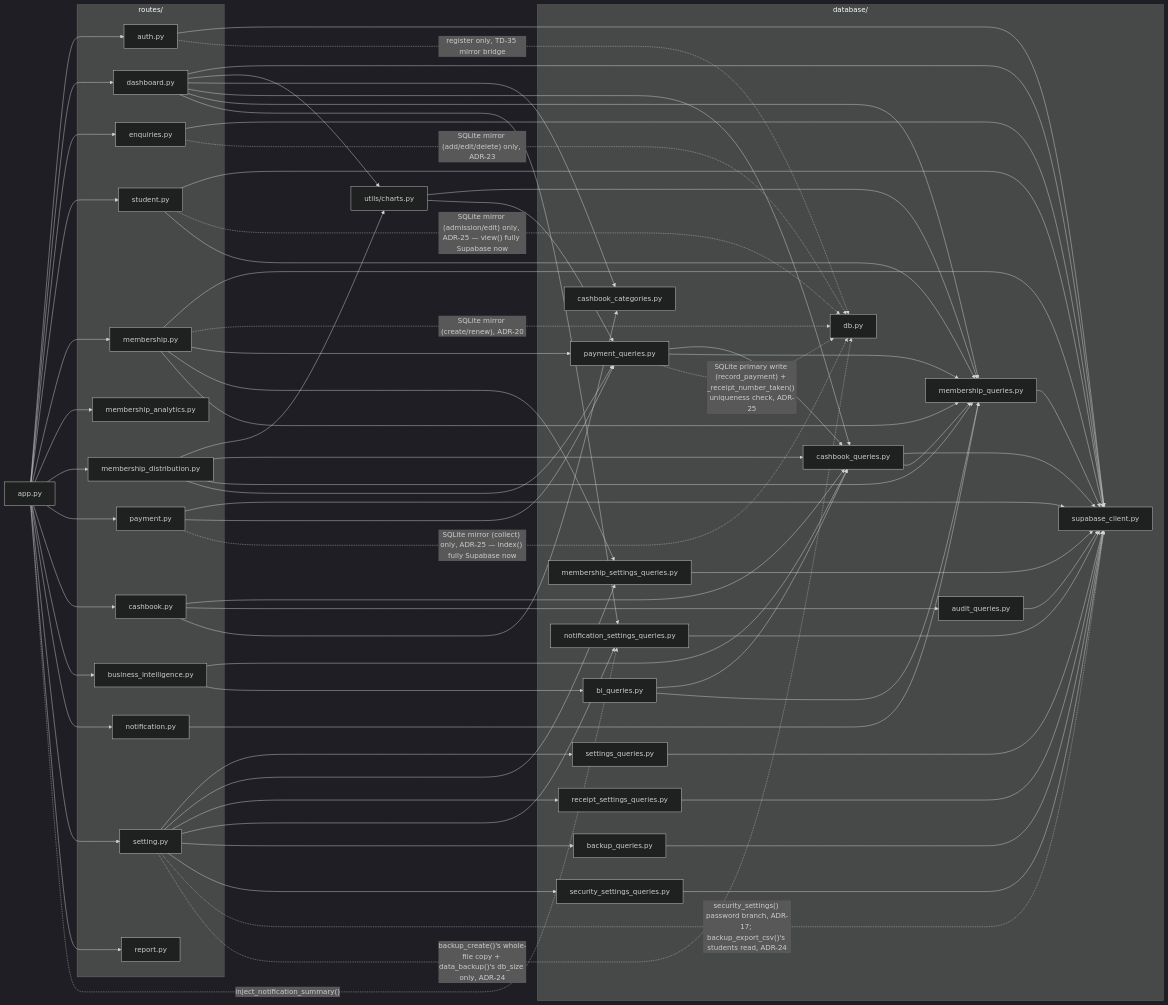
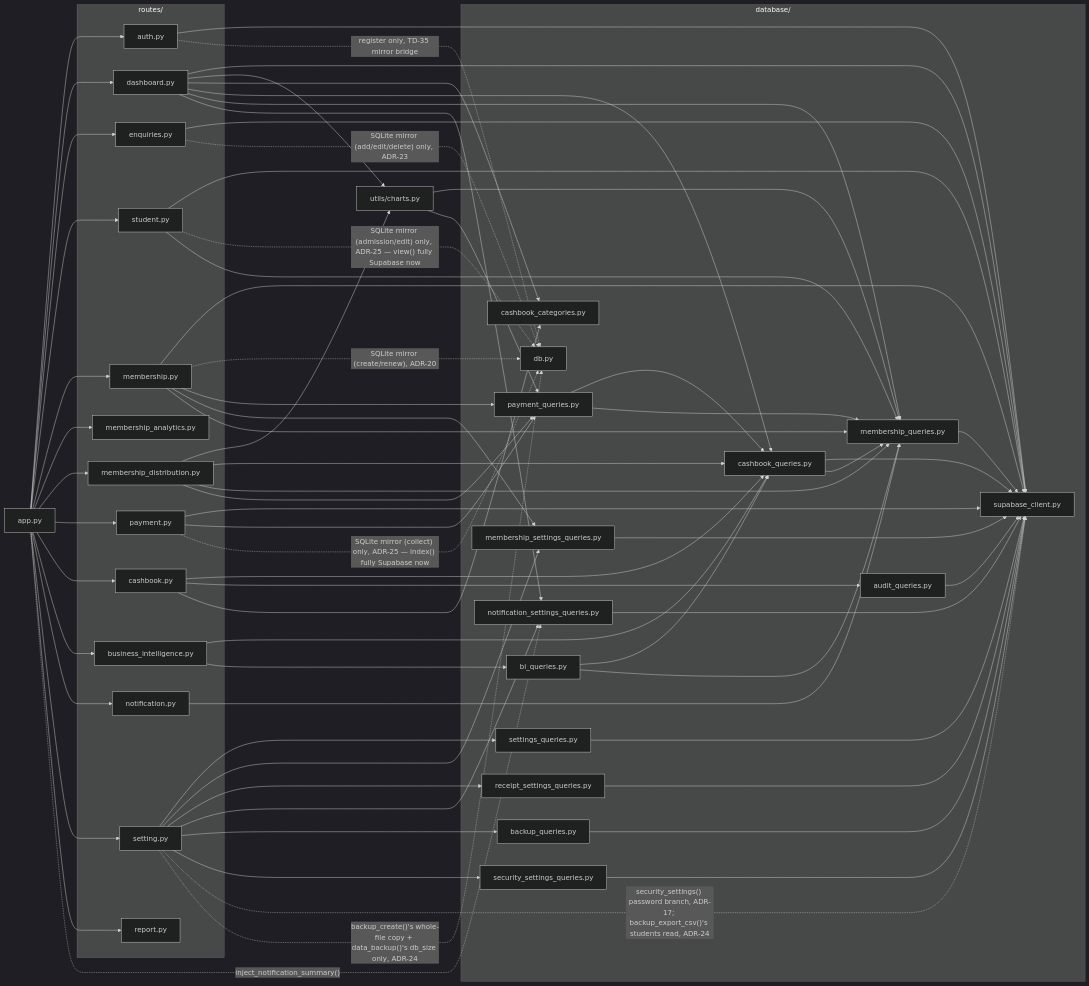
One commit to saloni-keshore/smart-library-management-system changed the fifth of 5 diagrams in docs/DIAGRAMS.md. Above: the diagram before and after it, drawn with Mermaid (dark theme). The commit also changed other lines of this file and 13 other files, not shown here.

```diff
--- a/docs/DIAGRAMS.md
+++ b/docs/DIAGRAMS.md
@@ -375,7 +373,6 @@
     payment_py -.->|"SQLite mirror (collect) only, ADR-25 — index() fully Supabase now"| db_py
     payment_queries_py --> cashbook_queries_py
     payment_queries_py --> membership_queries_py
-    payment_queries_py -.->|"SQLite primary write (record_payment) + _receipt_number_taken() uniqueness check, ADR-25"| db_py
     cashbook_py --> cashbook_queries_py
     cashbook_py --> audit_queries_py
     cashbook_py --> cashbook_categories_py
```
